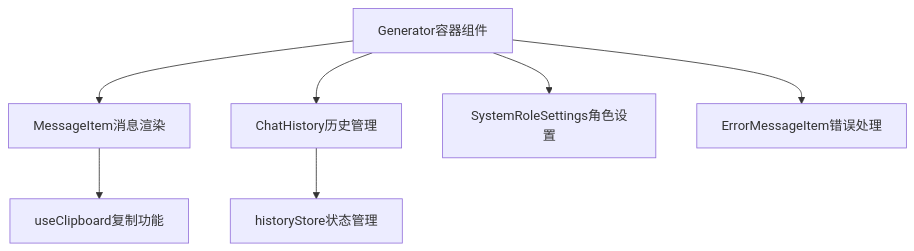
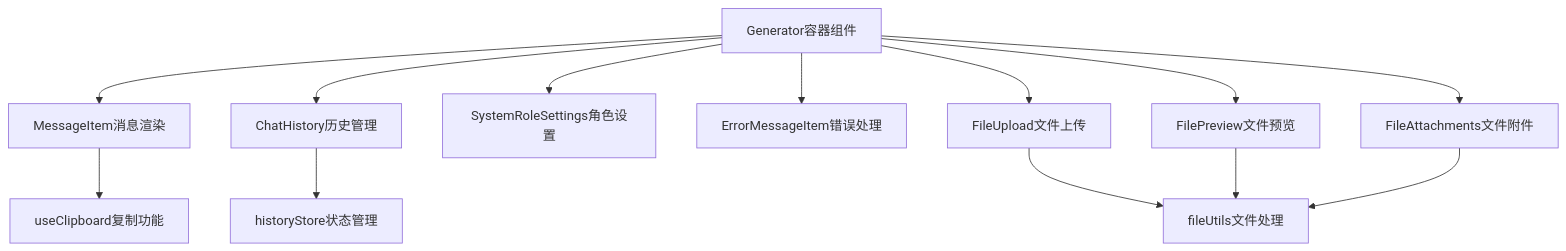
Before and after one commit to zfyime/chat-mini: the first of 8 diagrams in .qoder/repowiki/zh/content/组件架构/组件架构.md, drawn with Mermaid. The commit also changed other lines of this file and 8 other files, not shown here.

````diff
--- a/.qoder/repowiki/zh/content/组件架构/组件架构.md
+++ b/.qoder/repowiki/zh/content/组件架构/组件架构.md
@@ -29,9 +46,15 @@
 ```mermaid
 graph TD
 Generator[Generator容器组件] --> MessageItem[MessageItem消息渲染]
 Generator --> ChatHistory[ChatHistory历史管理]
 Generator --> SystemRoleSettings[SystemRoleSettings角色设置]
 Generator --> ErrorMessageItem[ErrorMessageItem错误处理]
+Generator --> FileUpload[FileUpload文件上传]
+Generator --> FilePreview[FilePreview文件预览]
+Generator --> FileAttachments[FileAttachments文件附件]
 ChatHistory --> historyStore[historyStore状态管理]
 MessageItem --> clipboard[useClipboard复制功能]
+FileUpload --> fileUtils[fileUtils文件处理]
+FilePreview --> fileUtils
+FileAttachments --> fileUtils
 ```
````
